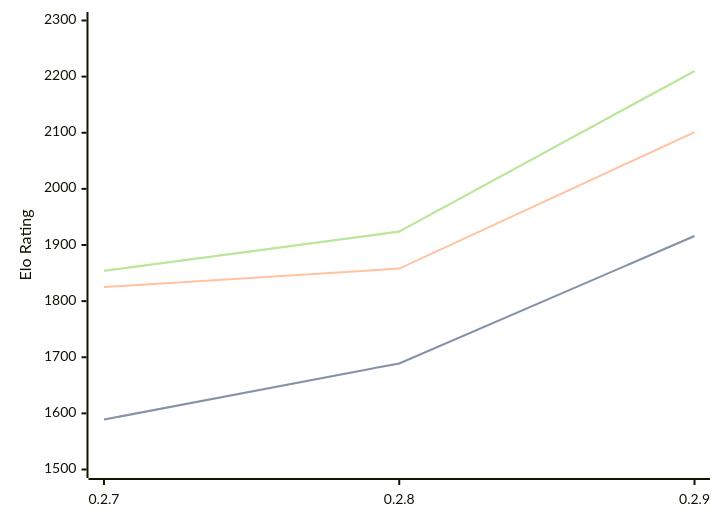
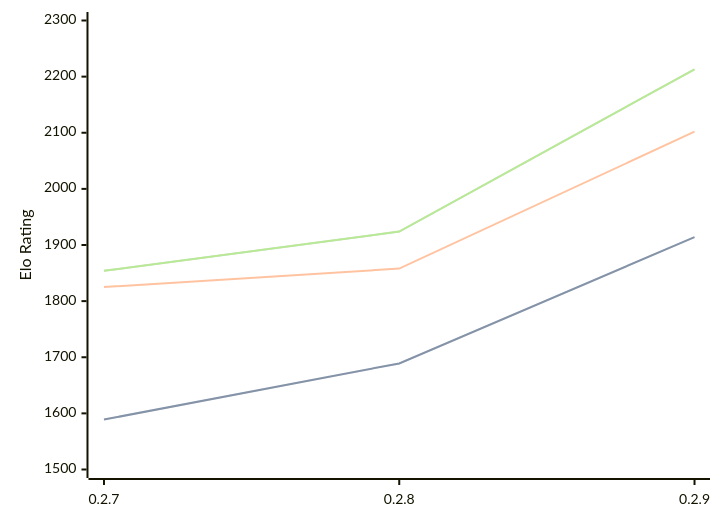
Before and after one commit to computer-chess-index/cci: the third of 3 diagrams in engines/Dual.md, drawn with Mermaid. The commit also changed other lines of this file, not shown here.

Commit message:
Update CCI Ratings (ELO VLTC) - 2026-07-04

````diff
--- a/engines/Dual.md
+++ b/engines/Dual.md
@@ -75,11 +75,11 @@
 ```mermaid
 %%{init: {"theme":"base","themeVariables":{"seriesColors:['#a3a3a3','#222221','#faa371']}}}%%
 xychart-beta
   x-axis ["0.2.7", "0.2.8", "0.2.9"]
   y-axis "Elo Rating" 1500 --> 2300
-  line "STC (8.0+0.08s)" [1589, 1689, 1916]
-  line "STC (8.0+0.08s)" [1589, 1689, 1916]
-  line "LTC (60.0+0.60s)" [1825, 1858, 2101]
-  line "VLTC (2m24s+1.12s)" [1854, 1924, 2210]
-  line "VLTC (2m24s+1.12s)" [1854, 1924, 2210]
+  line "STC (8.0+0.08s)" [1589, 1689, 1914]
+  line "STC (8.0+0.08s)" [1589, 1689, 1914]
+  line "LTC (60.0+0.60s)" [1825, 1858, 2102]
+  line "VLTC (2m24s+1.12s)" [1854, 1924, 2213]
+  line "VLTC (2m24s+1.12s)" [1854, 1924, 2213]
 ```
````
